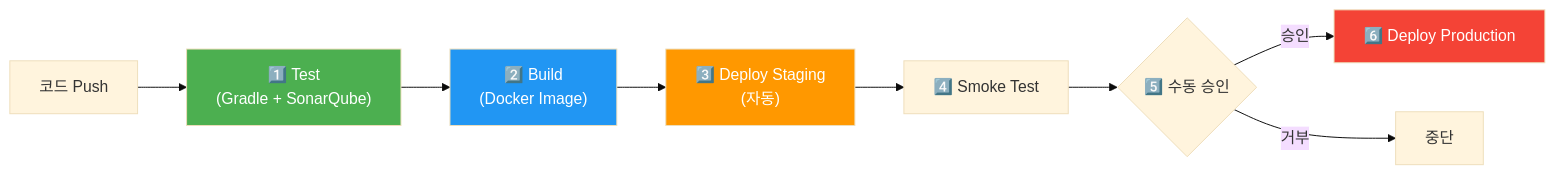
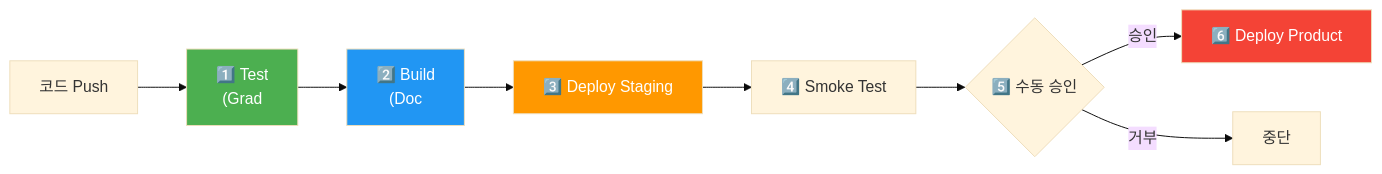
Before and after one commit to yjkim2015/yjkim2015.github.io: the fourth of 5 diagrams in _posts/cicd/2026-05-03-github-actions-deep.md, drawn with Mermaid (base theme). The commit also changed other lines of this file and 271 other files, not shown here.

First line of the commit message:
Mermaid 라벨 축소: 긴 노드 텍스트 18자 이하로 트림 + \n 제거

````diff
--- a/_posts/cicd/2026-05-03-github-actions-deep.md
+++ b/_posts/cicd/2026-05-03-github-actions-deep.md
@@ -390,14 +390,14 @@
 ```mermaid
 graph LR
-    PUSH["코드 Push"] --> TEST["1️⃣ Test<br/>(Gradle + SonarQube)"]
-    TEST --> BUILD["2️⃣ Build<br/>(Docker Image)"]
-    BUILD --> STAGING["3️⃣ Deploy Staging<br/>(자동)"]
+    PUSH["코드 Push"] --> TEST["1️⃣ Test<br/>(Grad"]
+    TEST --> BUILD["2️⃣ Build<br/>(Doc"]
+    BUILD --> STAGING["3️⃣ Deploy Staging"]
     STAGING --> SMOKE["4️⃣ Smoke Test"]
     SMOKE --> APPROVE{"5️⃣ 수동 승인"}
-    APPROVE -->|"승인"| PROD["6️⃣ Deploy Production"]
+    APPROVE -->|"승인"| PROD["6️⃣ Deploy Product"]
     APPROVE -->|"거부"| STOP["중단"]
     style TEST fill:#4CAF50,color:#fff
     style BUILD fill:#2196F3,color:#fff
     style STAGING fill:#FF9800,color:#fff
     style PROD fill:#F44336,color:#fff
 ```
````
